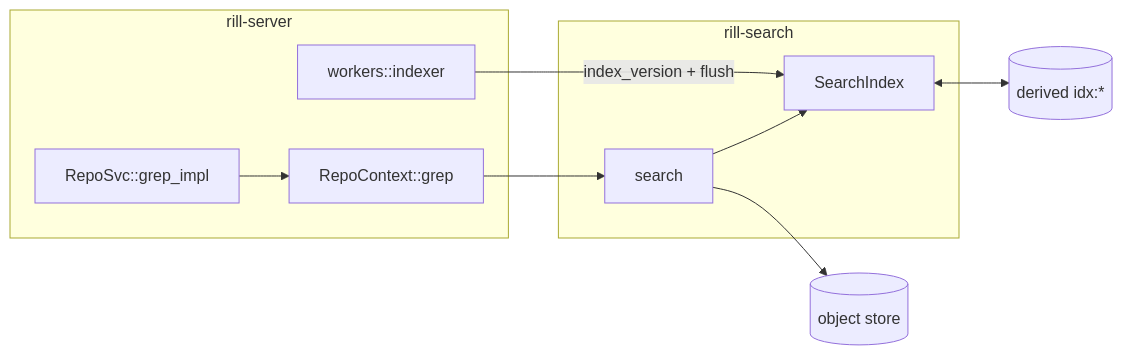
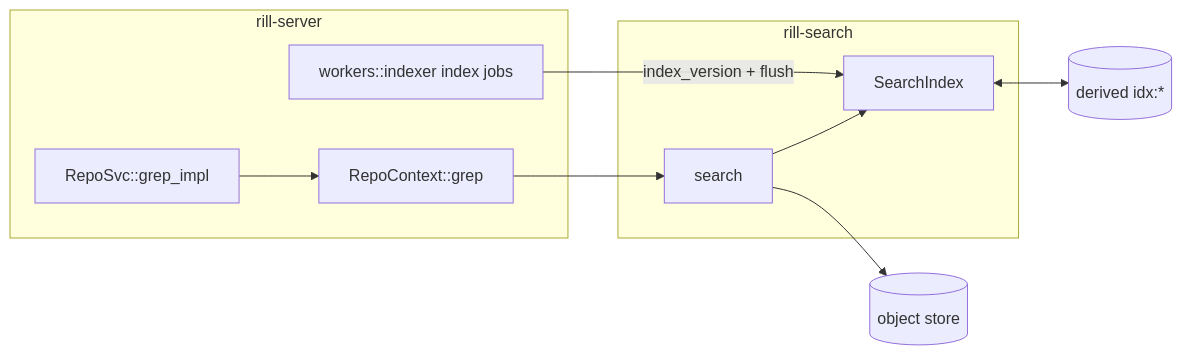
Before and after one commit to envoy1084/rill: the first of 2 diagrams in architecture/06-services/search.md, drawn with Mermaid. The commit also changed other lines of this file and 16 other files, not shown here.

````diff
--- a/architecture/06-services/search.md
+++ b/architecture/06-services/search.md
@@ -9,15 +9,15 @@
 ```mermaid
 flowchart LR
   subgraph server[rill-server]
     grep[RepoSvc::grep_impl] --> ctx[RepoContext::grep]
-    idx[workers::indexer]
+    idx[workers::indexer index jobs]
   end
   subgraph search[rill-search]
     si[SearchIndex]
     q[search]
   end
   ctx --> q --> si
   idx -->|index_version + flush| si
   si <--> derived[(derived idx:*)]
   q --> objects[(object store)]
 ```
````
